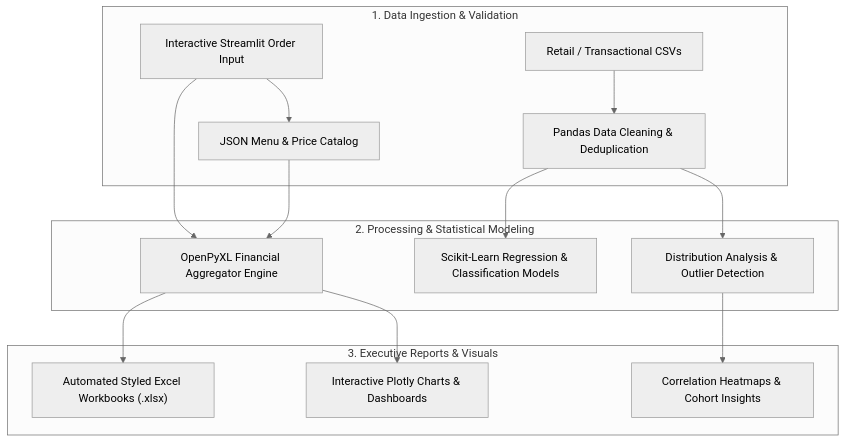
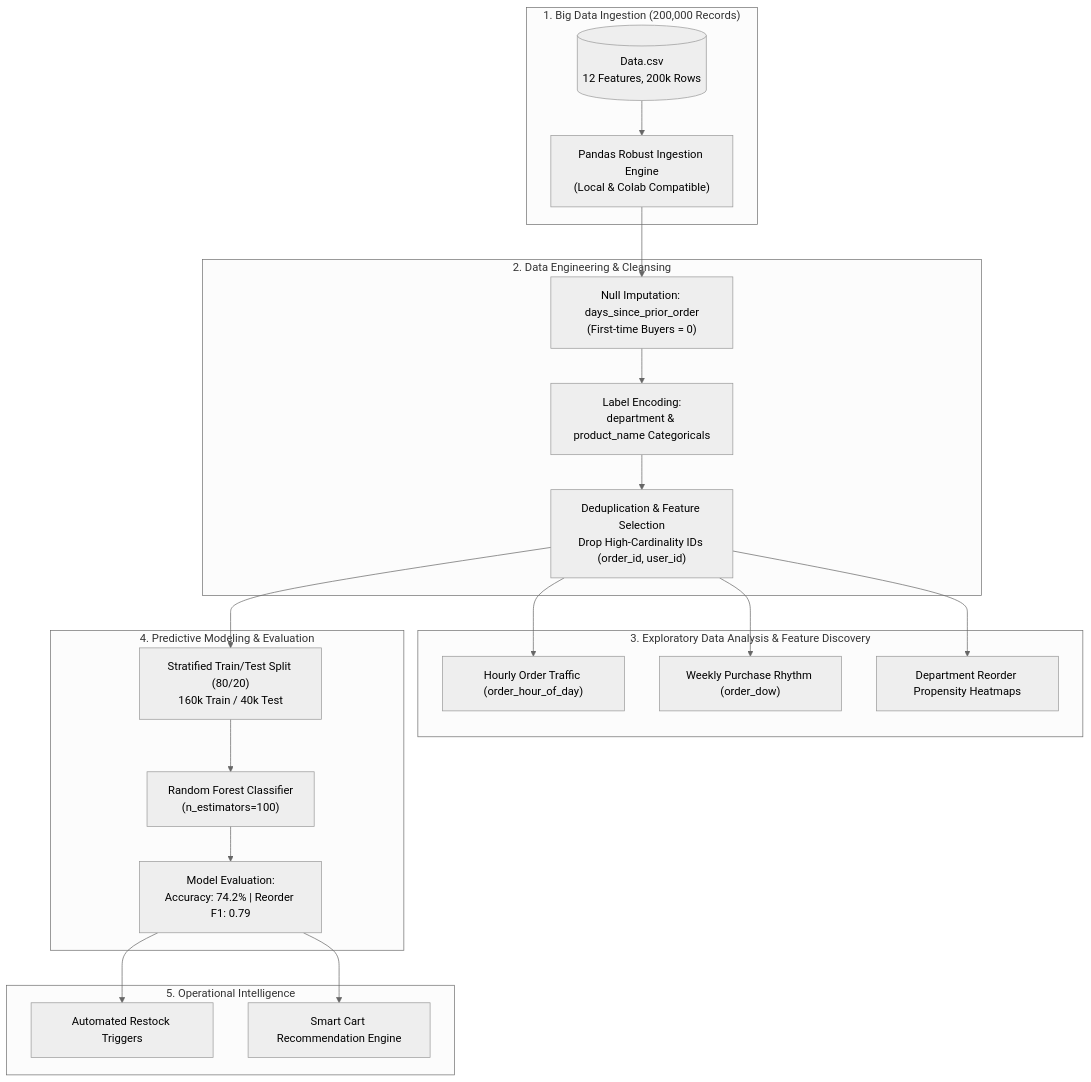
The diagram in README.md (ahmadrashed2589-hue/supermarket-big-data-analytics), drawn with Mermaid (neutral theme) before and after one commit. The commit also changed other lines of this file and 2 other files, not shown here.

Commit message:
docs: add comprehensive big data analytics architecture, EDA findings, and ML benchmarks to README

````diff
--- a/README.md
+++ b/README.md
@@ -25,19 +28,29 @@
 ```mermaid
 flowchart TD
-    subgraph Data_Ingestion ["1. Data Ingestion & Validation"]
-        CSV["Retail / Transactional CSVs"] --> CLEAN["Pandas Data Cleaning & Deduplication"]
-        STREAM["Interactive Streamlit Order Input"] --> JSON["JSON Menu & Price Catalog"]
+    subgraph Data_Layer ["1. Big Data Ingestion (200,000 Records)"]
+        CSV[("Data.csv<br/>12 Features, 200k Rows")] --> READ["Pandas Robust Ingestion Engine<br/>(Local & Colab Compatible)"]
     end
 
-    subgraph Analytics_Engine ["2. Processing & Statistical Modeling"]
-        CLEAN --> EDA["Distribution Analysis & Outlier Detection"]
-        CLEAN --> REGRESS["Scikit-Learn Regression & Classification Models"]
-        STREAM & JSON --> AGG["OpenPyXL Financial Aggregator Engine"]
+    subgraph Preprocessing ["2. Data Engineering & Cleansing"]
+        READ --> IMPUTE["Null Imputation: days_since_prior_order<br/>(First-time Buyers = 0)"]
+        IMPUTE --> ENCODE["Label Encoding:<br/>department & product_name Categoricals"]
+        ENCODE --> CLEAN["Deduplication & Feature Selection<br/>Drop High-Cardinality IDs (order_id, user_id)"]
     end
 
-    subgraph Reporting ["3. Executive Reports & Visuals"]
-        AGG --> EXCEL["Automated Styled Excel Workbooks (.xlsx)"]
-        AGG --> PLOT["Interactive Plotly Charts & Dashboards"]
-        EDA --> HEAT["Correlation Heatmaps & Cohort Insights"]
+    subgraph Analytics ["3. Exploratory Data Analysis & Feature Discovery"]
+        CLEAN --> EDA1["Hourly Order Traffic (order_hour_of_day)"]
+        CLEAN --> EDA2["Weekly Purchase Rhythm (order_dow)"]
+        CLEAN --> EDA3["Department Reorder Propensity Heatmaps"]
+    end
+
+    subgraph Modeling ["4. Predictive Modeling & Evaluation"]
+        CLEAN --> SPLIT["Stratified Train/Test Split (80/20)<br/>160k Train / 40k Test"]
+        SPLIT --> RF["Random Forest Classifier<br/>(n_estimators=100)"]
+        RF --> EVAL["Model Evaluation:<br/>Accuracy: 74.2% | Reorder F1: 0.79"]
+    end
+
+    subgraph Business_Impact ["5. Operational Intelligence"]
+        EVAL --> REORDER["Automated Restock Triggers"]
+        EVAL --> BASKET["Smart Cart Recommendation Engine"]
     end
 ```
````
